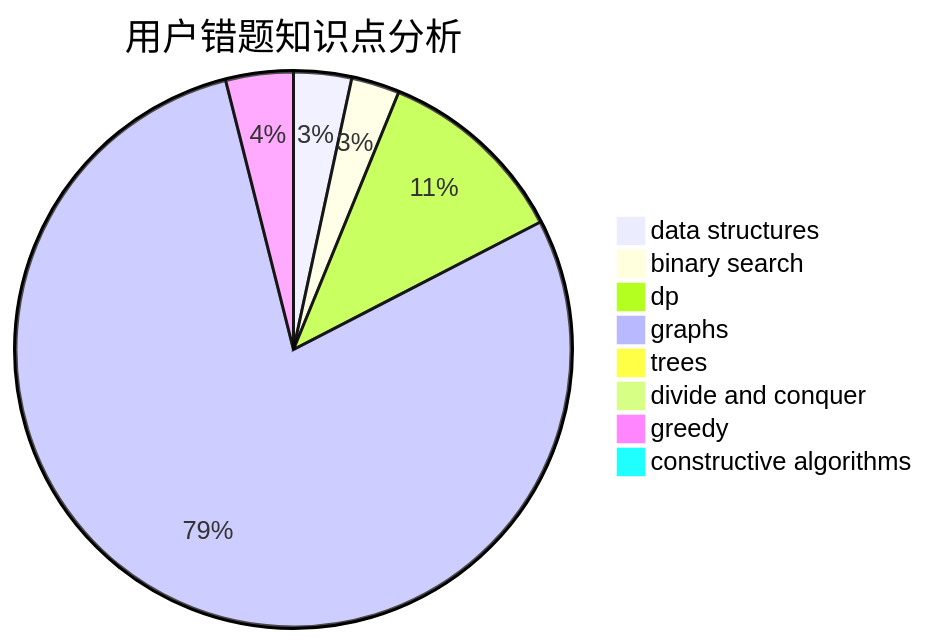
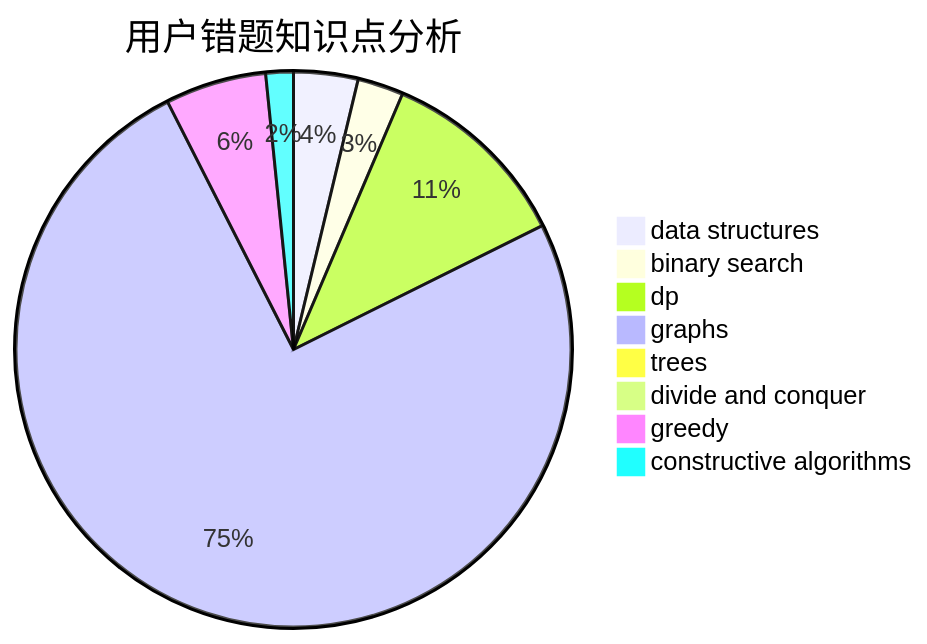
One commit to sherpahu/cfrs.github.io changed the third of 3 diagrams in docs/user/u1991.md. Above: the diagram before and after it, drawn with Mermaid. The commit also changed other lines of this file and 2770 other files, not shown here.

````diff
--- a/docs/user/u1991.md
+++ b/docs/user/u1991.md
@@ -36,11 +36,11 @@
 ```mermaid
 pie title 用户错题知识点分析
-    "data structures" :  6
+    "data structures" :  7
     "binary search" :  5
-    "dp" :  20
+    "dp" :  21
     "graphs" :  140
     "trees" :  0
     "divide and conquer" :  0
-    "greedy" :  7
-    "constructive algorithms" :  0
+    "greedy" :  11
+    "constructive algorithms" :  3
 ```
````
